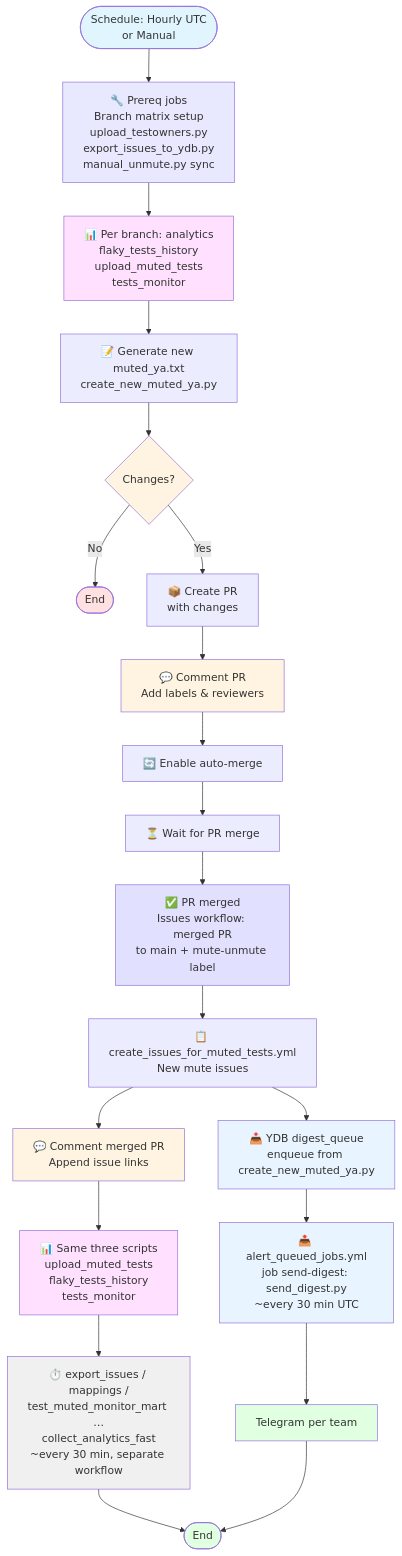
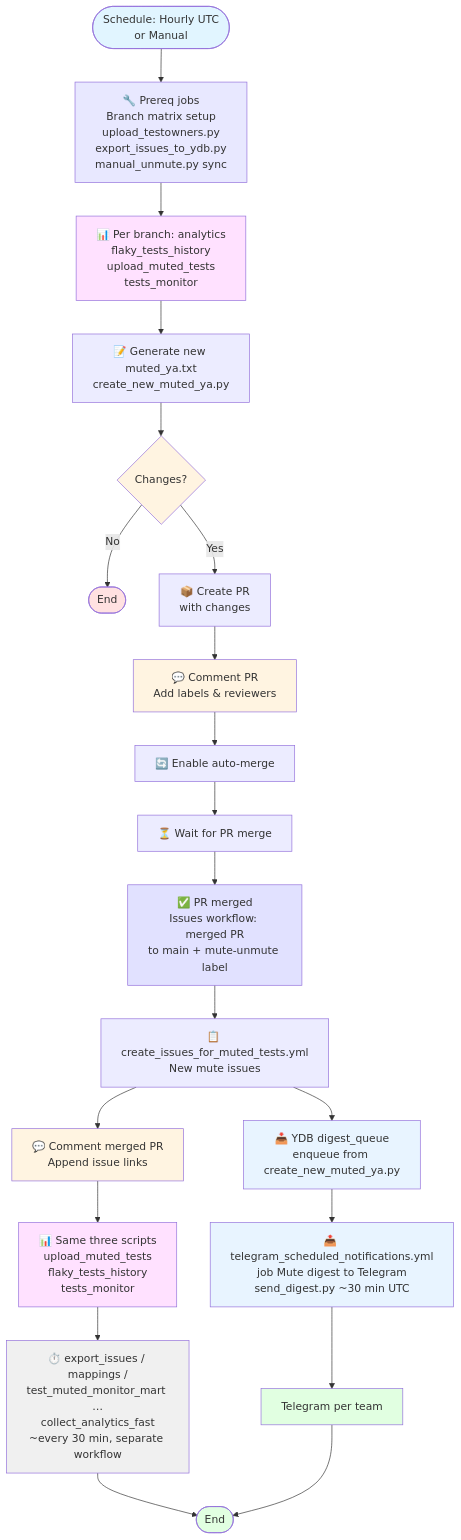
One commit to ydb-platform/ydb changed the first of 4 diagrams in .github/config/mute_rules.md. Above: the diagram before and after it, drawn with Mermaid. The commit also changed other lines of this file and 4 other files, not shown here.

````diff
--- a/.github/config/mute_rules.md
+++ b/.github/config/mute_rules.md
@@ -171,47 +171,47 @@
 ```mermaid
 graph TB
     Start([Schedule: Hourly UTC<br/>or Manual]) --> Prereq[🔧 Prereq jobs<br/>Branch matrix setup<br/>upload_testowners.py<br/>export_issues_to_ydb.py<br/>manual_unmute.py sync]
     
     Prereq --> UpdateAnalytics[📊 Per branch: analytics<br/>flaky_tests_history<br/>upload_muted_tests<br/>tests_monitor]
     
     UpdateAnalytics --> GenerateFile[📝 Generate new muted_ya.txt<br/>create_new_muted_ya.py]
     
     GenerateFile --> CheckChanges{Changes?}
     CheckChanges -->|No| End1([End])
     CheckChanges -->|Yes| CreatePR[📦 Create PR<br/>with changes]
     
     CreatePR --> CommentPR[💬 Comment PR<br/>Add labels & reviewers]
     CommentPR --> AutoMerge[🔄 Enable auto-merge]
     AutoMerge --> WaitMerge[⏳ Wait for PR merge]
     
     WaitMerge --> PRMerged[✅ PR merged<br/>Issues workflow: merged PR<br/>to main + mute-unmute label]
     
     PRMerged --> CreateIssues[📋 create_issues_for_muted_tests.yml<br/>New mute issues]
     CreateIssues --> DigestQ[📥 YDB digest_queue<br/>enqueue from create_new_muted_ya.py]
     CreateIssues --> CommentMergedPR[💬 Comment merged PR<br/>Append issue links]
     
     CommentMergedPR --> UpdateAnalyticsAfterMerge[📊 Same three scripts<br/>upload_muted_tests<br/>flaky_tests_history<br/>tests_monitor]
     
     UpdateAnalyticsAfterMerge --> AsyncAnalytics[⏱️ export_issues / mappings /<br/>test_muted_monitor_mart …<br/>collect_analytics_fast<br/>~every 30 min, separate workflow]
     
-    DigestQ --> SendDigest[📤 alert_queued_jobs.yml<br/>job send-digest: send_digest.py<br/>~every 30 min UTC]
+    DigestQ --> SendDigest[📤 telegram_scheduled_notifications.yml<br/>job Mute digest to Telegram<br/>send_digest.py ~30 min UTC]
     SendDigest --> TG[Telegram per team]
     
     AsyncAnalytics --> End2([End])
     TG --> End2
     
     style Start fill:#e1f5ff
     style Prereq fill:#e8e8ff
     style UpdateAnalytics fill:#ffe1ff
     style UpdateAnalyticsAfterMerge fill:#ffe1ff
     style CommentPR fill:#fff4e1
     style CommentMergedPR fill:#fff4e1
     style AsyncAnalytics fill:#f0f0f0
     style DigestQ fill:#e8f4ff
     style SendDigest fill:#e8f4ff
     style TG fill:#e1ffe1
     style End1 fill:#ffe1e1
     style End2 fill:#e1ffe1
     style CheckChanges fill:#fff4e1
     style PRMerged fill:#e1e1ff
 ```
````
